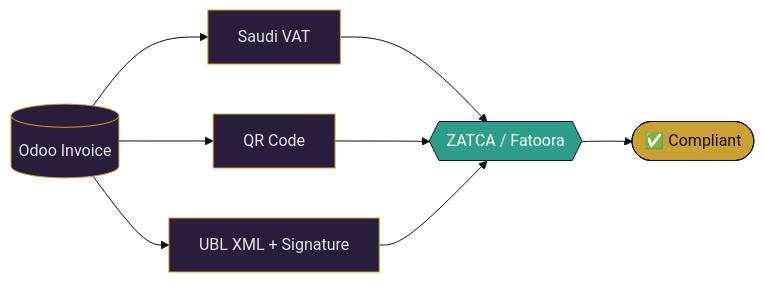
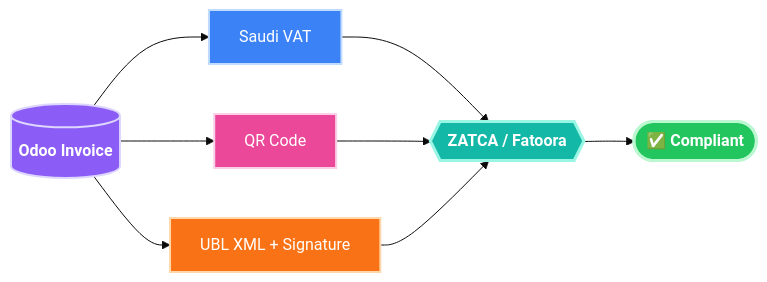
The sixth of 6 diagrams in README.md (NoohSD/NoohSD), drawn with Mermaid before and after one commit. The commit also changed other lines of this file, not shown here.

````diff
--- a/README.md
+++ b/README.md
@@ -251,17 +285,23 @@
 ```mermaid
 %%{init: {'theme':'base'}}%%
 flowchart LR
     O[(Odoo Invoice)] --> V[Saudi VAT]
     O --> Q[QR Code]
     O --> X[UBL XML + Signature]
     V --> Z{{ZATCA / Fatoora}}
     Q --> Z
     X --> Z
     Z --> C([✅ Compliant])
-    classDef o fill:#291D3B,color:#E9E4EE,stroke:#CBA135
-    classDef z fill:#2E9E8B,color:#fff,stroke:#150F1E
-    classDef c fill:#CBA135,color:#150F1E,stroke:#150F1E
-    class O,V,Q,X o
+    classDef inv fill:#8B5CF6,color:#FFFFFF,stroke:#DDD6FE,stroke-width:2px,font-weight:bold
+    classDef vat fill:#3B82F6,color:#FFFFFF,stroke:#BFDBFE,stroke-width:2px
+    classDef qr fill:#EC4899,color:#FFFFFF,stroke:#FBCFE8,stroke-width:2px
+    classDef xml fill:#F97316,color:#FFFFFF,stroke:#FED7AA,stroke-width:2px
+    classDef z fill:#14B8A6,color:#FFFFFF,stroke:#99F6E4,stroke-width:3px,font-weight:bold
+    classDef c fill:#22C55E,color:#FFFFFF,stroke:#BBF7D0,stroke-width:3px,font-weight:bold
+    class O inv
+    class V vat
+    class Q qr
+    class X xml
     class Z z
     class C c
 ```
````
